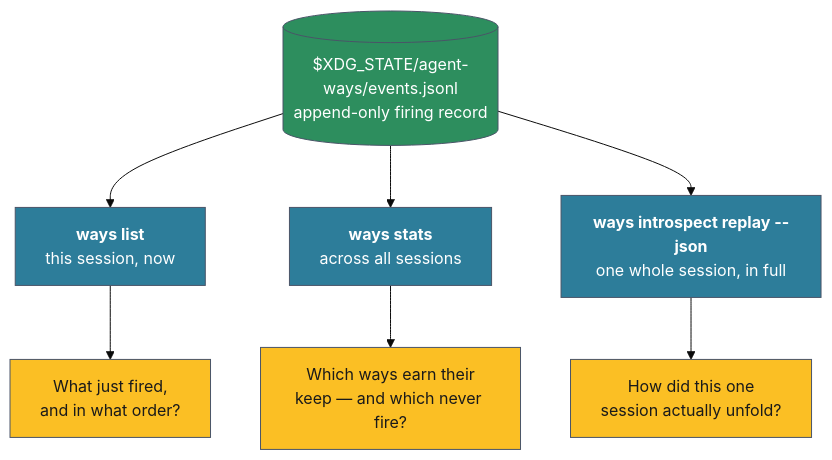
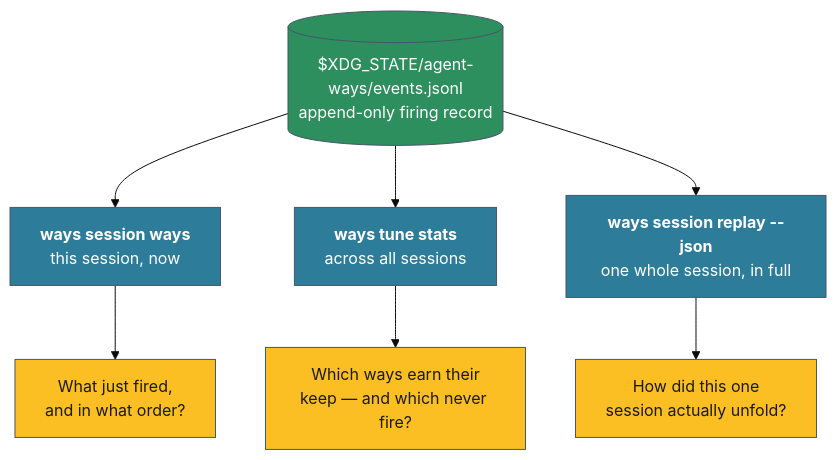
One commit to aaronsb/agent-ways changed the diagram in docs/explanation/how-ways-works/reading-the-session-data.md. Above: the diagram before and after it, drawn with Mermaid (base theme). The commit also changed other lines of this file and 149 other files, not shown here.

````diff
--- a/docs/explanation/how-ways-works/reading-the-session-data.md
+++ b/docs/explanation/how-ways-works/reading-the-session-data.md
@@ -26,27 +26,27 @@
 ```mermaid
 flowchart TB
     Log[("$XDG_STATE/agent-ways/events.jsonl<br/>append-only firing record")]
 
-    List["<b>ways list</b><br/>this session, now"]
-    Stats["<b>ways stats</b><br/>across all sessions"]
-    Json["<b>ways introspect replay --json</b><br/>one whole session, in full"]
+    List["<b>ways session ways</b><br/>this session, now"]
+    Stats["<b>ways tune stats</b><br/>across all sessions"]
+    Json["<b>ways session replay --json</b><br/>one whole session, in full"]
 
     Log --> List
     Log --> Stats
     Log --> Json
 
     Q1["What just fired,<br/>and in what order?"]
     Q2["Which ways earn their<br/>keep — and which never fire?"]
     Q3["How did this one<br/>session actually unfold?"]
 
     List --> Q1
     Stats --> Q2
     Json --> Q3
 
     classDef durable fill:#2d8e5e,color:#ffffff,stroke:#4a5568
     classDef tool fill:#2d7d9a,color:#ffffff,stroke:#4a5568
     classDef q fill:#fbbf24,color:#1a1a1a,stroke:#4a5568
     class Log durable
     class List,Stats,Json tool
     class Q1,Q2,Q3 q
 ```
````
